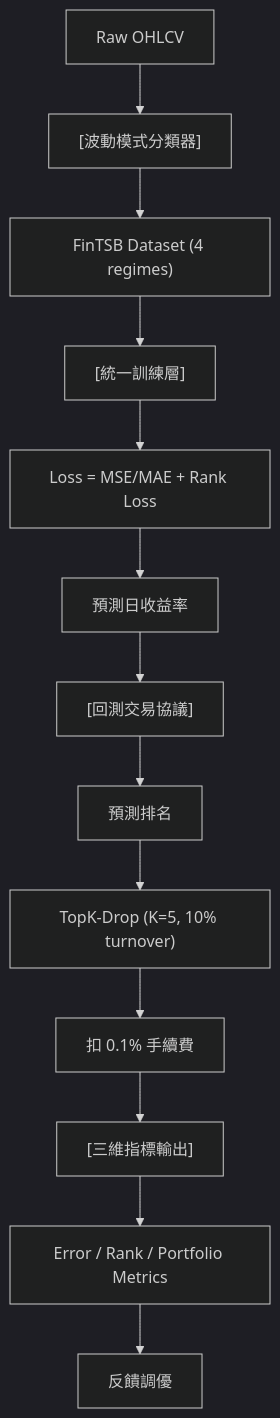
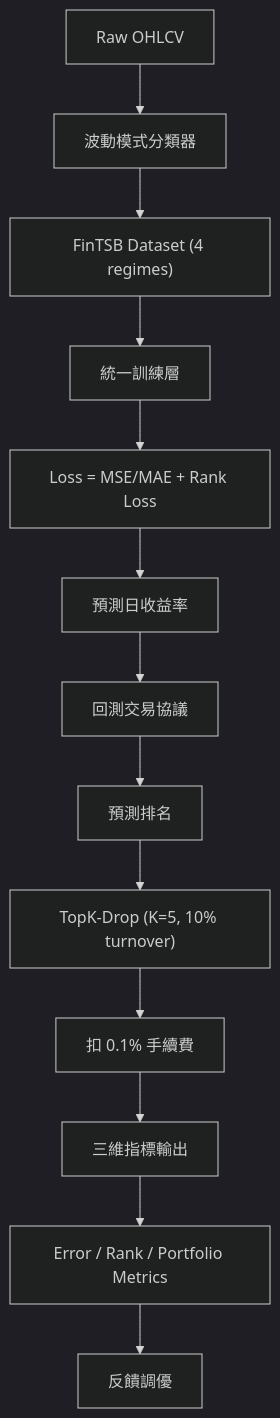
The diagram in foundations/evaluation-benchmarks/fintsb.md (sou350121/Trading-Handbook), drawn with Mermaid (dark theme) before and after one commit. The commit also changed 191 other files, not shown here.

First line of the commit message:
render: fix math + mermaid for GitHub across the corpus (188 pages)

````diff
--- a/foundations/evaluation-benchmarks/fintsb.md
+++ b/foundations/evaluation-benchmarks/fintsb.md
@@ -29,15 +29,15 @@
 ```mermaid
 flowchart TD
-    N1["Raw OHLCV"] --> N2["[波動模式分類器]"]
-    N2["[波動模式分類器]"] --> N3["FinTSB Dataset (4 regimes)"]
-    N3["FinTSB Dataset (4 regimes)"] --> N4["[統一訓練層]"]
-    N4["[統一訓練層]"] --> N5["Loss = MSE/MAE + Rank Loss"]
+    N1["Raw OHLCV"] --> N2["波動模式分類器"]
+    N2["波動模式分類器"] --> N3["FinTSB Dataset (4 regimes)"]
+    N3["FinTSB Dataset (4 regimes)"] --> N4["統一訓練層"]
+    N4["統一訓練層"] --> N5["Loss = MSE/MAE + Rank Loss"]
     N5["Loss = MSE/MAE + Rank Loss"] --> N6["預測日收益率"]
-    N6["預測日收益率"] --> N7["[回測交易協議]"]
-    N7["[回測交易協議]"] --> N8["預測排名"]
+    N6["預測日收益率"] --> N7["回測交易協議"]
+    N7["回測交易協議"] --> N8["預測排名"]
     N8["預測排名"] --> N9["TopK-Drop (K=5, 10% turnover)"]
     N9["TopK-Drop (K=5, 10% turnover)"] --> N10["扣 0.1% 手續費"]
-    N10["扣 0.1% 手續費"] --> N11["[三維指標輸出]"]
-    N11["[三維指標輸出]"] --> N12["Error / Rank / Portfolio Metrics"]
+    N10["扣 0.1% 手續費"] --> N11["三維指標輸出"]
+    N11["三維指標輸出"] --> N12["Error / Rank / Portfolio Metrics"]
     N12["Error / Rank / Portfolio Metrics"] --> N13["反饋調優"]
 ```
````
